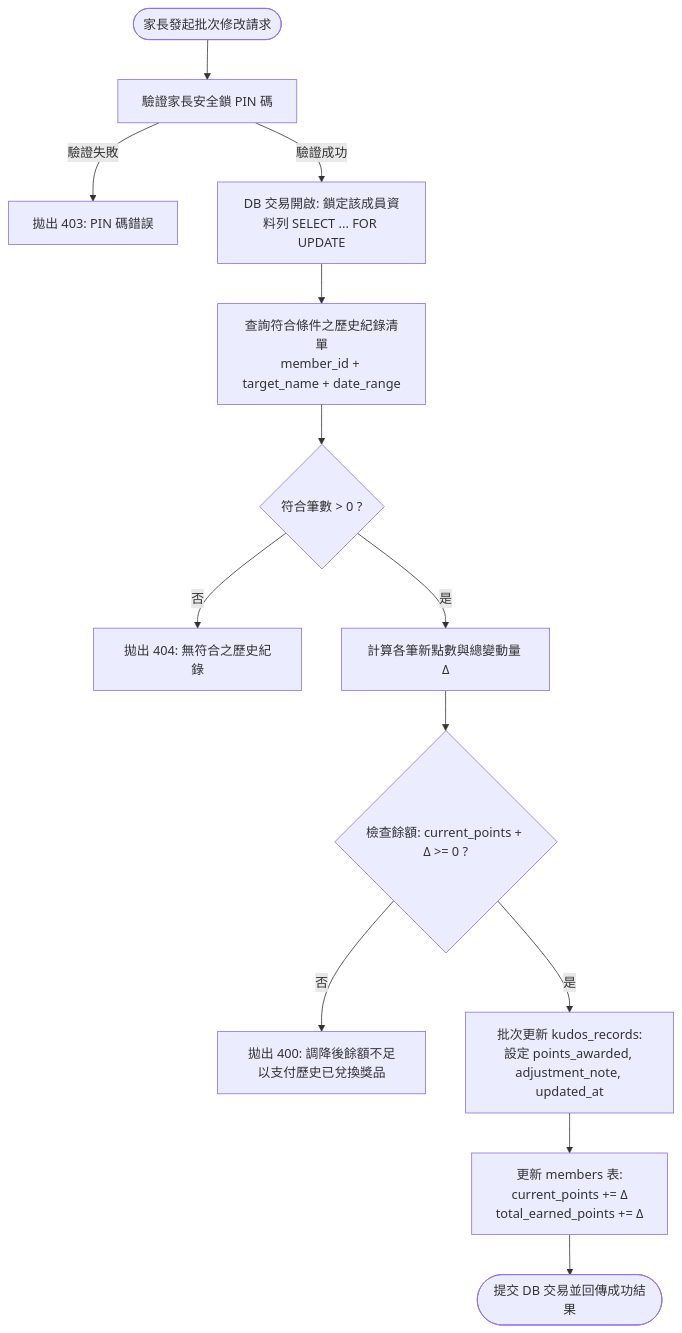
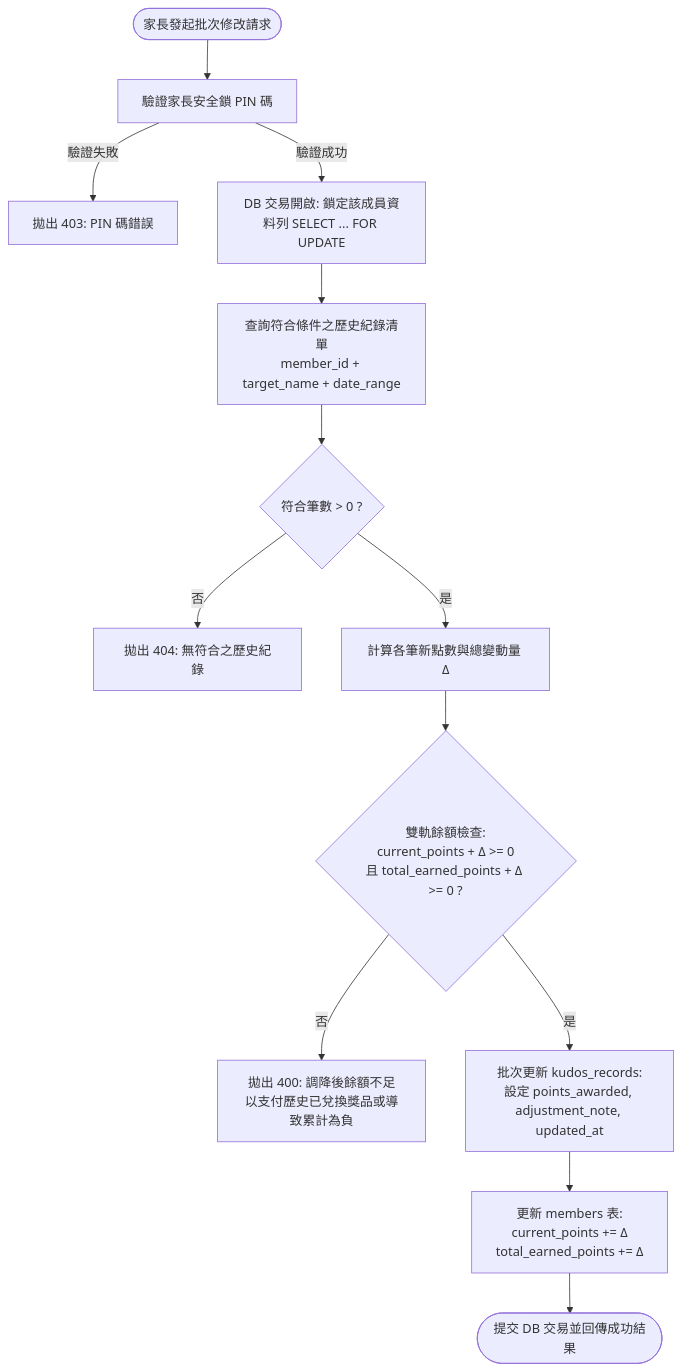
One commit to chinsonyeh/frog_kudos changed the third of 3 diagrams in DESIGN.md. Above: the diagram before and after it, drawn with Mermaid. The commit also changed other lines of this file, not shown here.

Commit message:
fix(design): resolve 6 design conflicts and inconsistencies across architecture and scripts

````diff
--- a/DESIGN.md
+++ b/DESIGN.md
@@ -235,15 +248,15 @@
 ```mermaid
 flowchart TD
     Start([家長發起批次修改請求]) --> Step1[驗證家長安全鎖 PIN 碼]
     Step1 -- 驗證失敗 --> ErrPin[拋出 403: PIN 碼錯誤]
     Step1 -- 驗證成功 --> Step2[DB 交易開啟: 鎖定該成員資料列 SELECT ... FOR UPDATE]
     Step2 --> Step3[查詢符合條件之歷史紀錄清單<br>member_id + target_name + date_range]
     Step3 --> Step4{符合筆數 > 0 ?}
     Step4 -- 否 --> ErrZero[拋出 404: 無符合之歷史紀錄]
     Step4 -- 是 --> Step5[計算各筆新點數與總變動量 Δ]
-    Step5 --> Step6{檢查餘額: current_points + Δ >= 0 ?}
-    Step6 -- 否 --> ErrNeg[拋出 400: 調降後餘額不足以支付歷史已兌換獎品]
+    Step5 --> Step6{雙軌餘額檢查:<br>current_points + Δ >= 0<br>且 total_earned_points + Δ >= 0 ?}
+    Step6 -- 否 --> ErrNeg[拋出 400: 調降後餘額不足以支付歷史已兌換獎品或導致累計為負]
     Step6 -- 是 --> Step7[批次更新 kudos_records:<br>設定 points_awarded, adjustment_note, updated_at]
     Step7 --> Step8[更新 members 表:<br>current_points += Δ<br>total_earned_points += Δ]
     Step8 --> Commit([提交 DB 交易並回傳成功結果])
 ```
````
